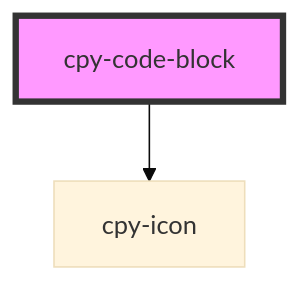
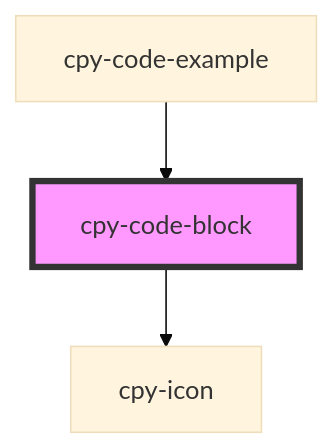
The diagram in stencil-lib/src/components/code-block/readme.md (Lith1um/Canopy-Stencil), drawn with Mermaid (base theme) before and after one commit. The commit also changed other lines of this file and 152 other files, not shown here.

````diff
--- a/stencil-lib/src/components/code-block/readme.md
+++ b/stencil-lib/src/components/code-block/readme.md
@@ -23,5 +27,6 @@
 ```mermaid
 graph TD;
   cpy-code-block --> cpy-icon
+  cpy-code-example --> cpy-code-block
   style cpy-code-block fill:#f9f,stroke:#333,stroke-width:4px
 ```
````
